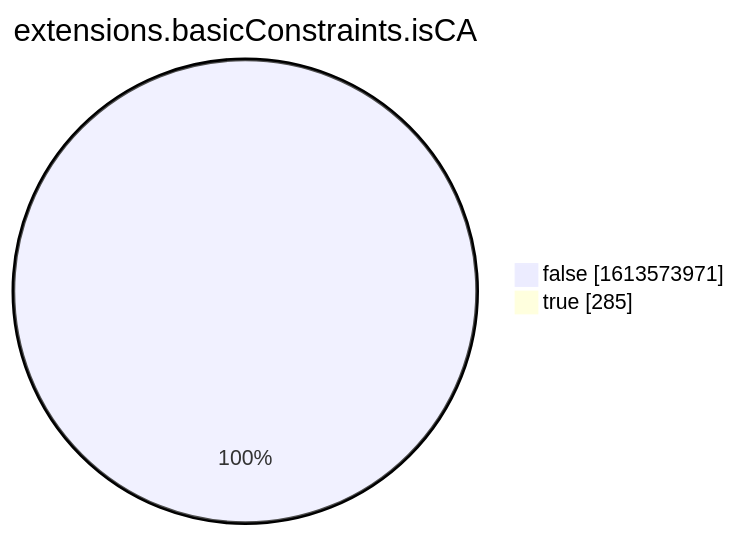
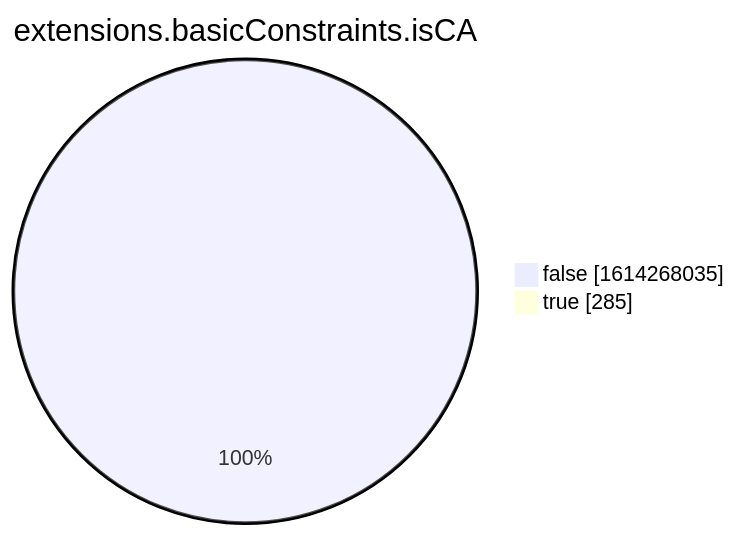
One commit to christiankrug/ctmonitor_visualization changed the eighth of 15 diagrams in xenon2022/README.md. Above: the diagram before and after it, drawn with Mermaid. The commit also changed other lines of this file, not shown here.

````diff
--- a/xenon2022/README.md
+++ b/xenon2022/README.md
@@ -2863,6 +2863,6 @@
 ```mermaid
 pie showData
 title extensions.basicConstraints.isCA
-"false" :1613573971
+"false" :1614268035
 "true" :285
 ```
````
